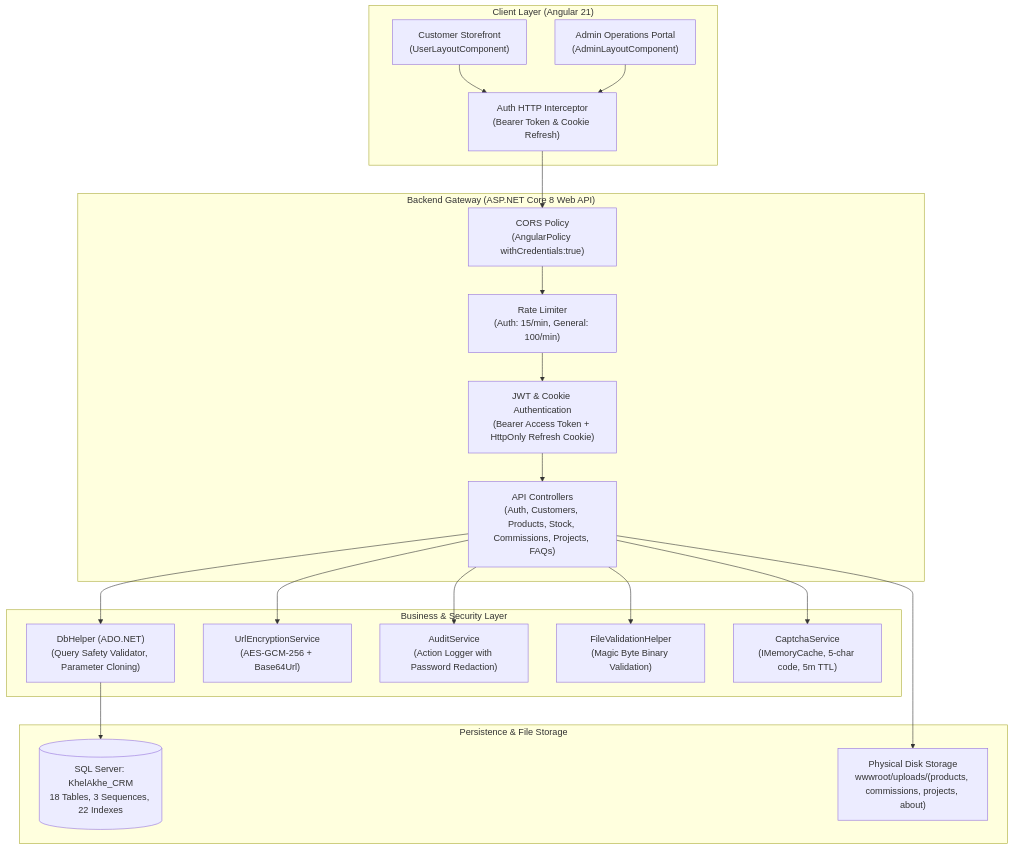
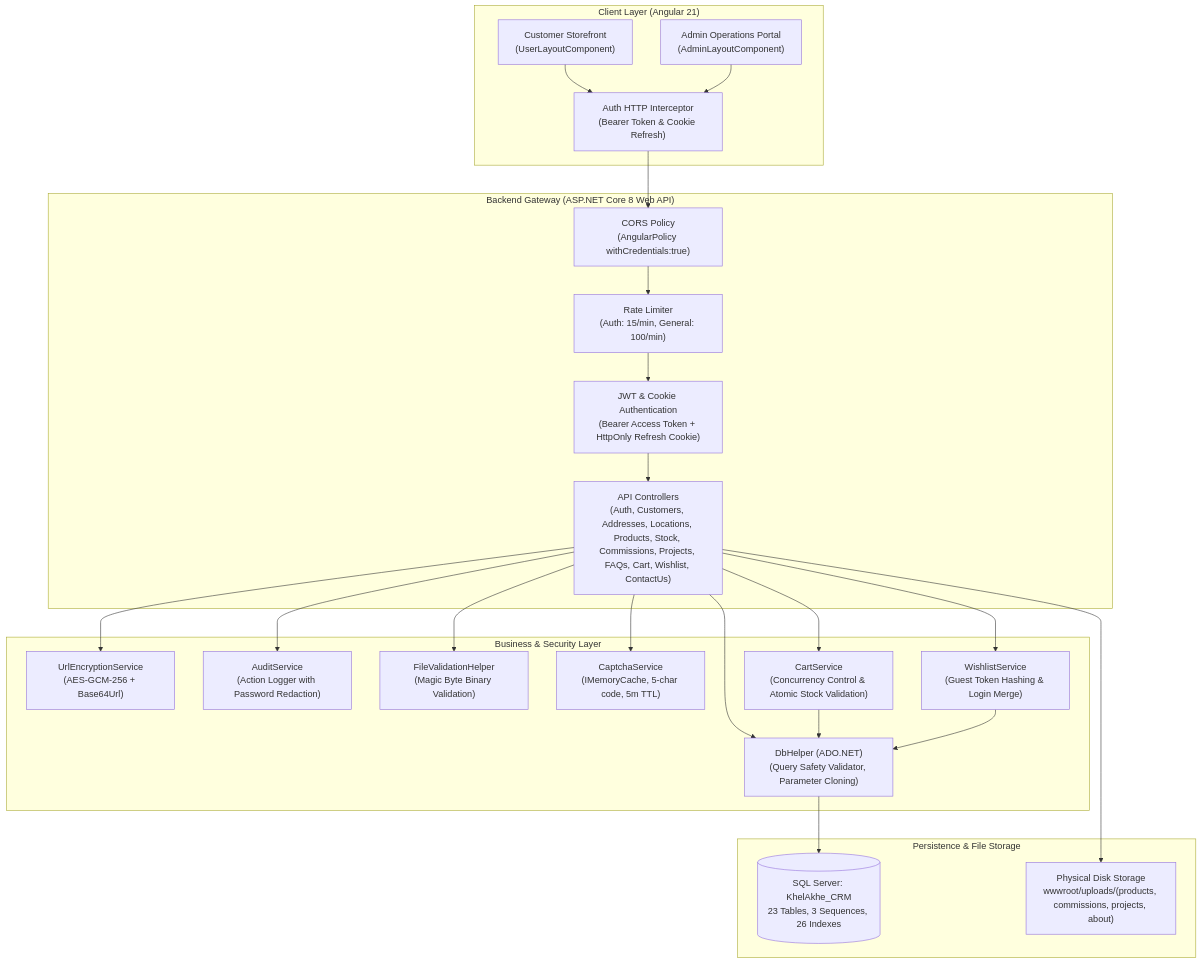
The second of 3 diagrams in KHEL-AKHEL-PROJECT-DOCUMENTATION.md (Henis14/Khel-Akhel), drawn with Mermaid before and after one commit. The commit also changed other lines of this file and 156 other files, not shown here.

````diff
--- a/KHEL-AKHEL-PROJECT-DOCUMENTATION.md
+++ b/KHEL-AKHEL-PROJECT-DOCUMENTATION.md
@@ -143,44 +195,50 @@
 ```mermaid
 graph TD
     subgraph ClientLayer ["Client Layer (Angular 21)"]
         UI_Storefront["Customer Storefront<br/>(UserLayoutComponent)"]
         UI_Admin["Admin Operations Portal<br/>(AdminLayoutComponent)"]
         HTTP_Interceptor["Auth HTTP Interceptor<br/>(Bearer Token & Cookie Refresh)"]
         UI_Storefront --> HTTP_Interceptor
         UI_Admin --> HTTP_Interceptor
     end
 
     subgraph ApiGateway ["Backend Gateway (ASP.NET Core 8 Web API)"]
         CORS["CORS Policy<br/>(AngularPolicy withCredentials:true)"]
         RateLimiter["Rate Limiter<br/>(Auth: 15/min, General: 100/min)"]
         JWT_Auth["JWT & Cookie Authentication<br/>(Bearer Access Token + HttpOnly Refresh Cookie)"]
-        Controllers["API Controllers<br/>(Auth, Customers, Products, Stock, Commissions, Projects, FAQs)"]
+        Controllers["API Controllers<br/>(Auth, Customers, Addresses, Locations, Products, Stock, Commissions, Projects, FAQs, Cart, Wishlist, ContactUs)"]
         
         HTTP_Interceptor --> CORS
         CORS --> RateLimiter
         RateLimiter --> JWT_Auth
         JWT_Auth --> Controllers
     end
 
     subgraph ServiceLayer ["Business & Security Layer"]
         DbHelper["DbHelper (ADO.NET)<br/>(Query Safety Validator, Parameter Cloning)"]
         CryptoService["UrlEncryptionService<br/>(AES-GCM-256 + Base64Url)"]
         AuditService["AuditService<br/>(Action Logger with Password Redaction)"]
         FileValidator["FileValidationHelper<br/>(Magic Byte Binary Validation)"]
         CaptchaService["CaptchaService<br/>(IMemoryCache, 5-char code, 5m TTL)"]
+        CartService["CartService<br/>(Concurrency Control & Atomic Stock Validation)"]
+        WishlistService["WishlistService<br/>(Guest Token Hashing & Login Merge)"]
         
         Controllers --> DbHelper
         Controllers --> CryptoService
         Controllers --> AuditService
         Controllers --> FileValidator
         Controllers --> CaptchaService
+        Controllers --> CartService
+        Controllers --> WishlistService
+        CartService --> DbHelper
+        WishlistService --> DbHelper
     end
 
     subgraph StorageLayer ["Persistence & File Storage"]
-        SQL_DB[("SQL Server: KhelAkhe_CRM<br/>18 Tables, 3 Sequences, 22 Indexes")]
+        SQL_DB[("SQL Server: KhelAkhe_CRM<br/>23 Tables, 3 Sequences, 26 Indexes")]
         Disk_Uploads["Physical Disk Storage<br/>wwwroot/uploads/(products, commissions, projects, about)"]
         
         DbHelper --> SQL_DB
         Controllers --> Disk_Uploads
     end
 ```
````
